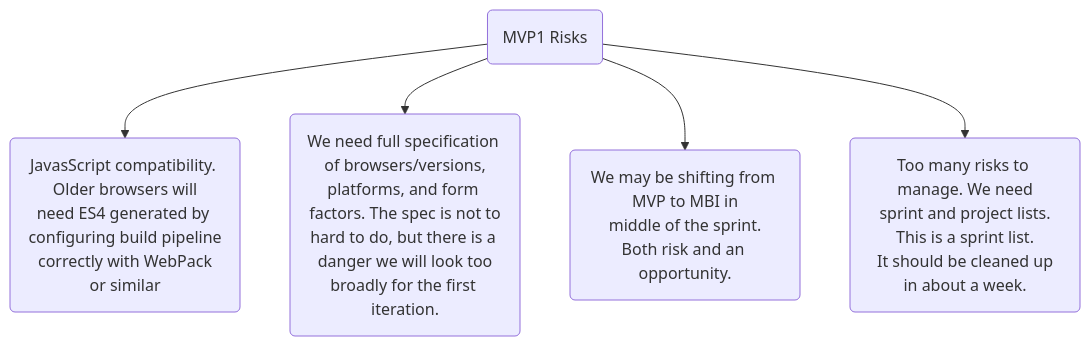
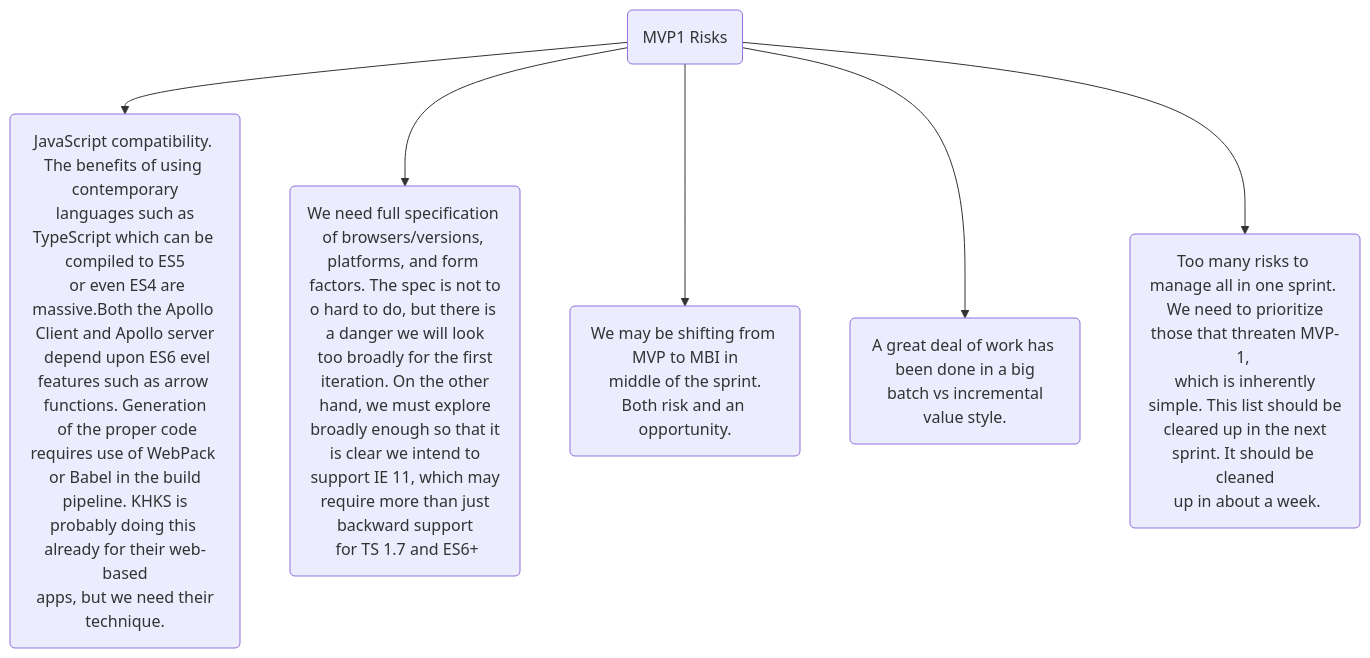
One commit to taylorhahn27/arch-docs changed the diagram in mvp1-risks/mvp1-risks-v1.md. Above: the diagram before and after it, drawn with Mermaid.

Commit message:
mvp1-risks-v1.md update

````diff
--- a/mvp1-risks/mvp1-risks-v1.md
+++ b/mvp1-risks/mvp1-risks-v1.md
@@ -1,7 +1,8 @@
 ```mermaid
 graph TB 
-    a(MVP1 Risks) --> b(JavasScript compatibility. Older browsers will<br>need ES4 generated by configuring build pipeline<Br> correctly with WebPack or similar)
-    a --> c(We need full specification of browsers/versions,<br>platforms, and form factors. The spec is not to<br>hard to do, but there is a danger we will look too<br>broadly for the first iteration.)
+    a(MVP1 Risks) --> b(JavaScript compatibility. The benefits of using contemporary<br> languages such as TypeScript which can be compiled to ES5<br>  or even ES4 are massive.Both the Apollo Client and Apollo server<br>  depend upon ES6 evel features such as arrow functions. Generation<br>  of the proper code requires use of WebPack or Babel in the build<br> pipeline. KHKS is probably doing this already for their web-based<br> apps, but we need their technique.)
+    a --> c(We need full specification of browsers/versions, <br>platforms, and form factors. The spec is not to<br>o hard to do, but there is a danger we will look<br> too broadly for the first iteration. On the other<br> hand, we must explore broadly enough so that it<br> is clear we intend to support IE 11, which may<br> require more than just backward support<br> for TS 1.7 and ES6+)
     a --> d(We may be shifting from MVP to MBI in<br> middle of the sprint. Both risk and an opportunity.)
-    a --> e(Too many risks to manage. We need<br> sprint and project lists. This is a sprint list.<br> It should be cleaned up in about a week.)
+    a --> e(A great deal of work has been done in a big<br> batch vs incremental value style.)
+a --> f(Too many risks to manage all in one sprint. <br> We need to prioritize those that threaten MVP-1, <br> which is inherently simple. This list should be<br> cleared up in the next sprint. It should be cleaned<br> up in about a week.)
 ```
````
